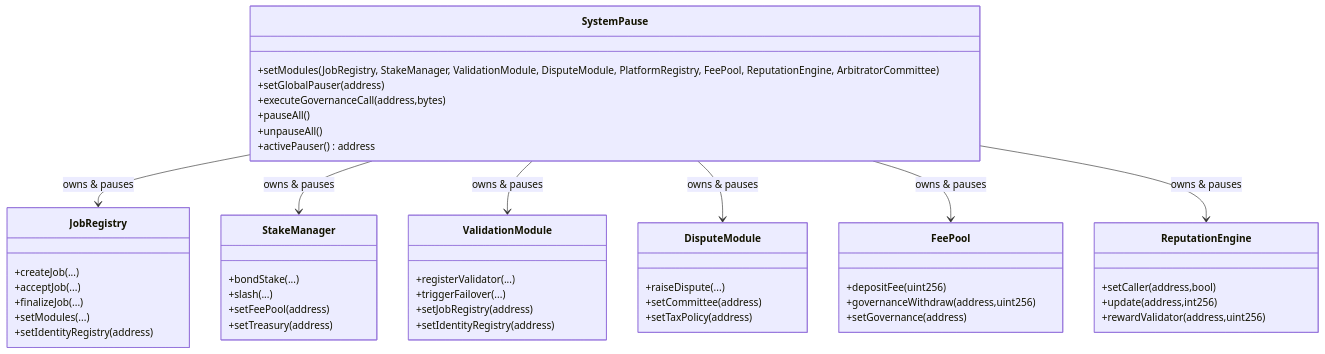
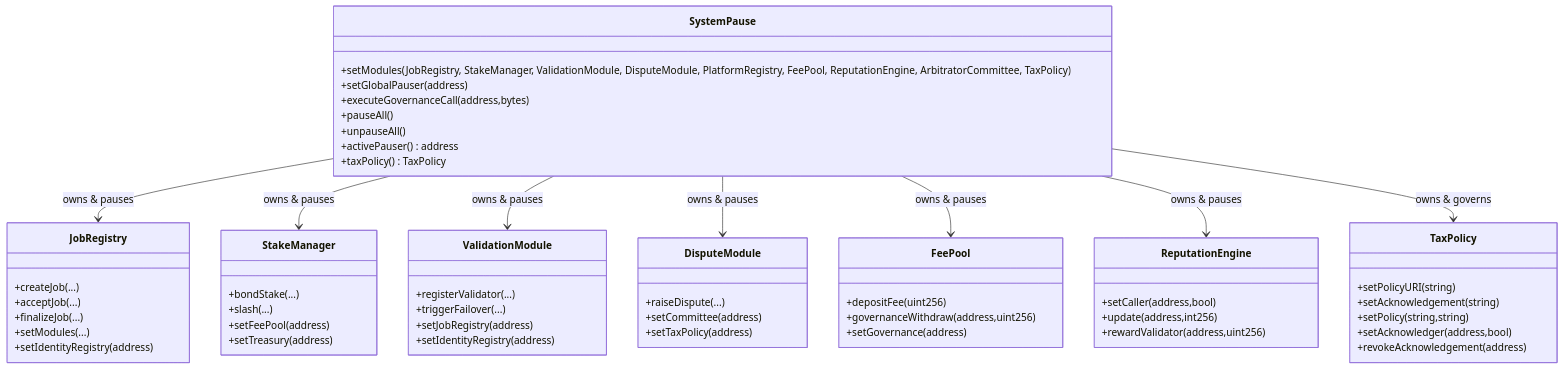
The first of 2 diagrams in contracts/README.md (MontrealAI/agijobs-sovereign-labor-v0p1), drawn with Mermaid before and after one commit. The commit also changed other lines of this file and 5 other files, not shown here.

Commit message:
Extend SystemPause governance to tax policy

````diff
--- a/contracts/README.md
+++ b/contracts/README.md
@@ -5,51 +5,60 @@
 ```mermaid
 classDiagram
     class SystemPause {
-        +setModules(JobRegistry, StakeManager, ValidationModule, DisputeModule, PlatformRegistry, FeePool, ReputationEngine, ArbitratorCommittee)
+        +setModules(JobRegistry, StakeManager, ValidationModule, DisputeModule, PlatformRegistry, FeePool, ReputationEngine, ArbitratorCommittee, TaxPolicy)
         +setGlobalPauser(address)
         +executeGovernanceCall(address,bytes)
         +pauseAll()
         +unpauseAll()
         +activePauser() address
+        +taxPolicy() TaxPolicy
     }
     class JobRegistry {
         +createJob(...)
         +acceptJob(...)
         +finalizeJob(...)
         +setModules(...)
         +setIdentityRegistry(address)
     }
     class StakeManager {
         +bondStake(...)
         +slash(...)
         +setFeePool(address)
         +setTreasury(address)
     }
     class ValidationModule {
         +registerValidator(...)
         +triggerFailover(...)
         +setJobRegistry(address)
         +setIdentityRegistry(address)
     }
     class DisputeModule {
         +raiseDispute(...)
         +setCommittee(address)
         +setTaxPolicy(address)
     }
     class FeePool {
         +depositFee(uint256)
         +governanceWithdraw(address,uint256)
         +setGovernance(address)
     }
     class ReputationEngine {
         +setCaller(address,bool)
         +update(address,int256)
         +rewardValidator(address,uint256)
     }
+    class TaxPolicy {
+        +setPolicyURI(string)
+        +setAcknowledgement(string)
+        +setPolicy(string,string)
+        +setAcknowledger(address,bool)
+        +revokeAcknowledgement(address)
+    }
     SystemPause --> JobRegistry : owns & pauses
     SystemPause --> StakeManager : owns & pauses
     SystemPause --> ValidationModule : owns & pauses
     SystemPause --> DisputeModule : owns & pauses
     SystemPause --> FeePool : owns & pauses
     SystemPause --> ReputationEngine : owns & pauses
+    SystemPause --> TaxPolicy : owns & governs
 ```
````
